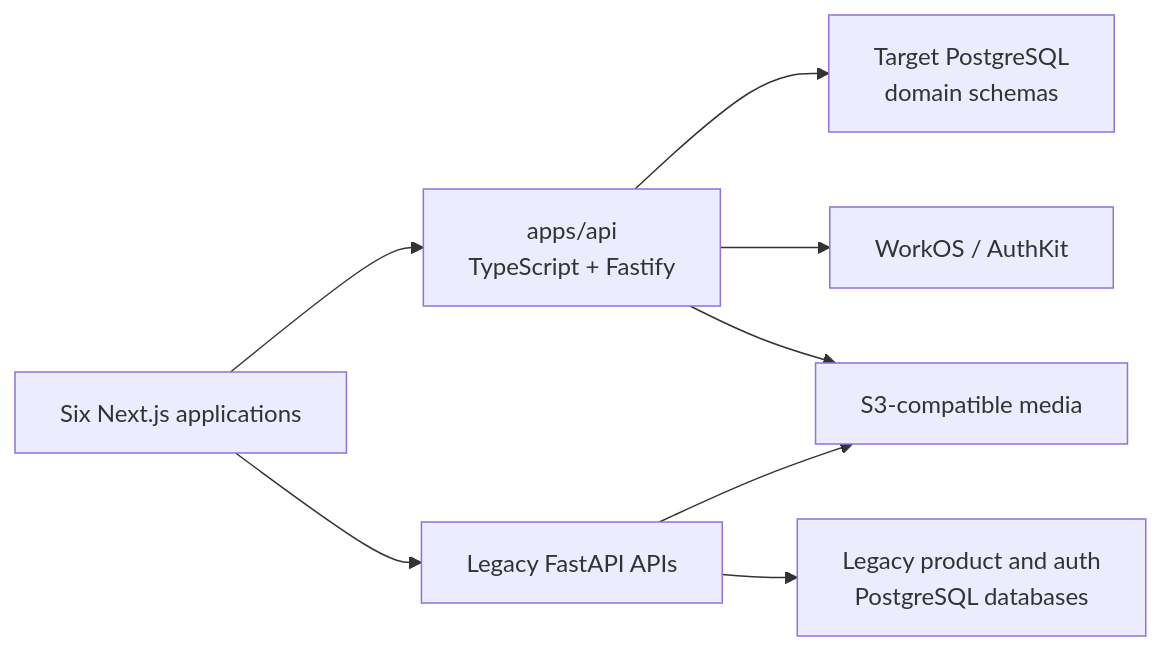
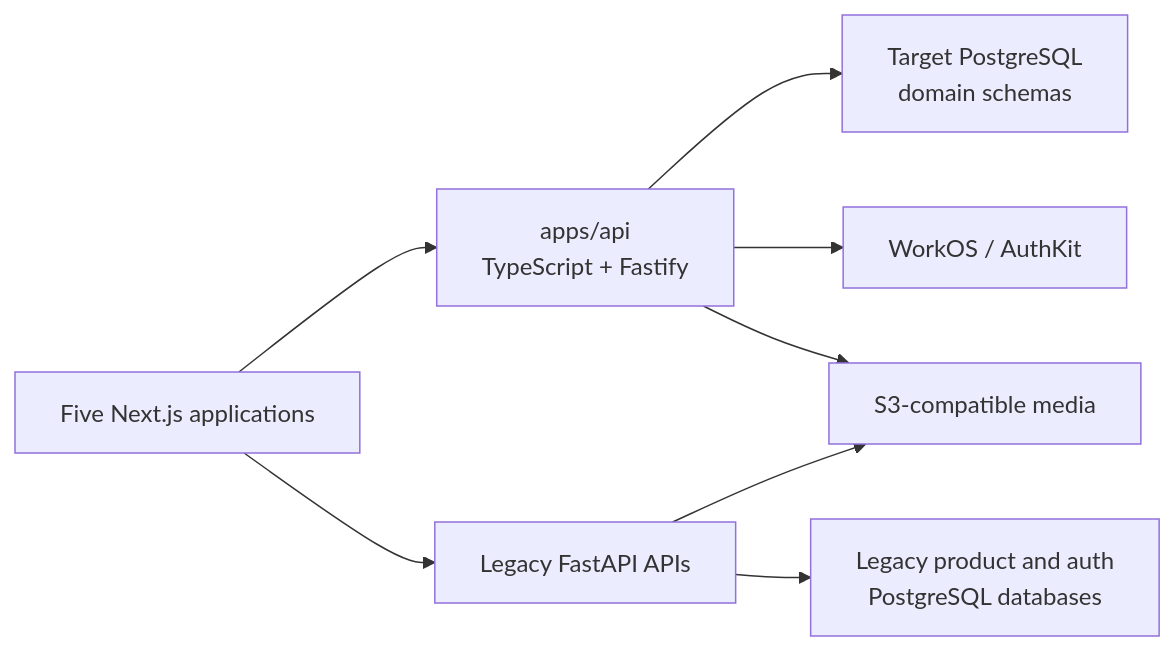
One commit to vayada-marketplace/vayada changed the diagram in README.md. Above: the diagram before and after it, drawn with Mermaid. The commit also changed other lines of this file and 18 other files, not shown here.

````diff
--- a/README.md
+++ b/README.md
@@ -21,10 +23,10 @@
 ```mermaid
 flowchart LR
-  WEB["Six Next.js applications"] --> API["apps/api<br/>TypeScript + Fastify"]
+  WEB["Five Next.js applications"] --> API["apps/api<br/>TypeScript + Fastify"]
   WEB --> LEGACY["Legacy FastAPI APIs"]
   API --> TARGET["Target PostgreSQL<br/>domain schemas"]
   LEGACY --> DBS["Legacy product and auth<br/>PostgreSQL databases"]
   API --> WORKOS["WorkOS / AuthKit"]
   API --> MEDIA["S3-compatible media"]
   LEGACY --> MEDIA
 ```
````
